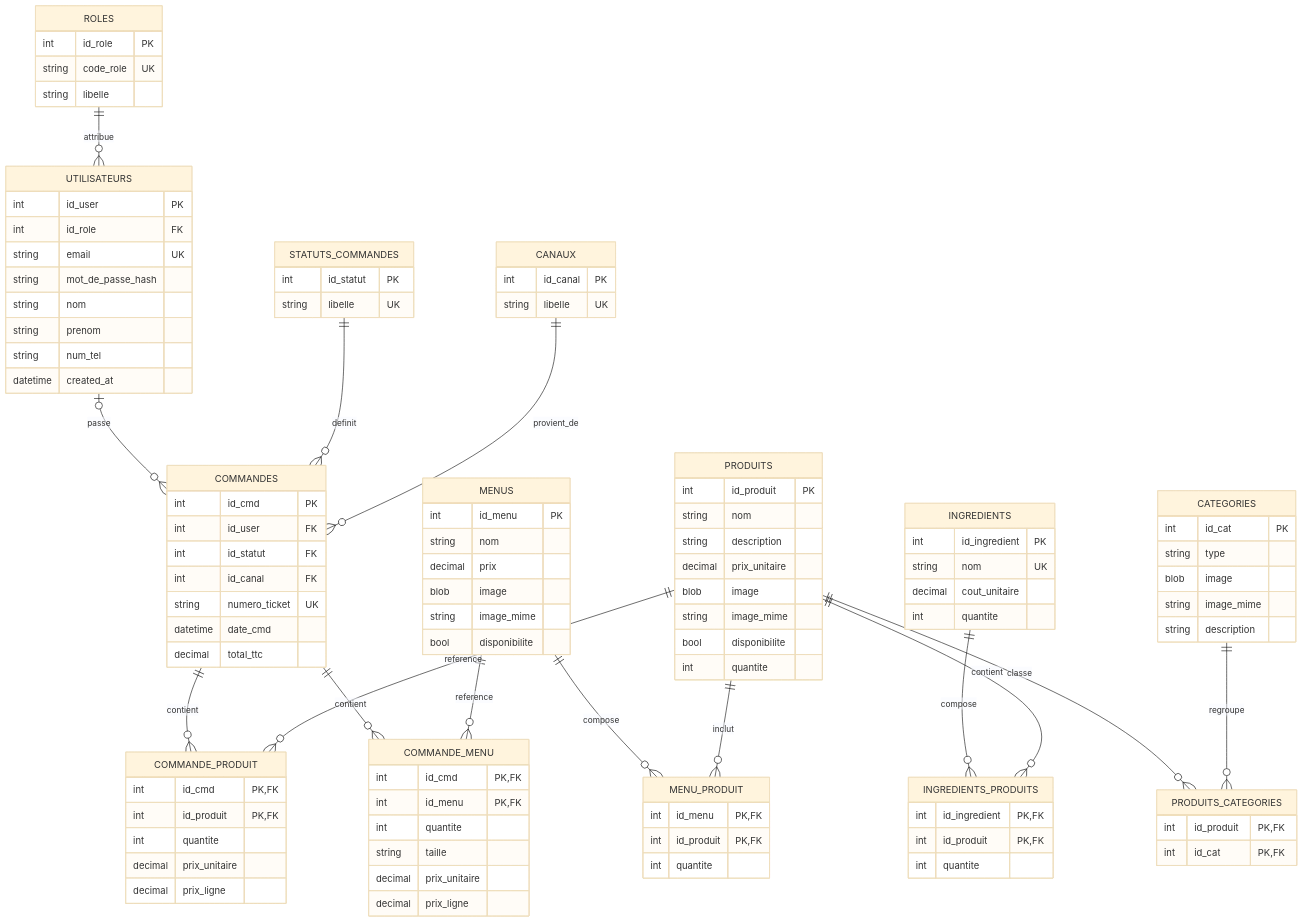
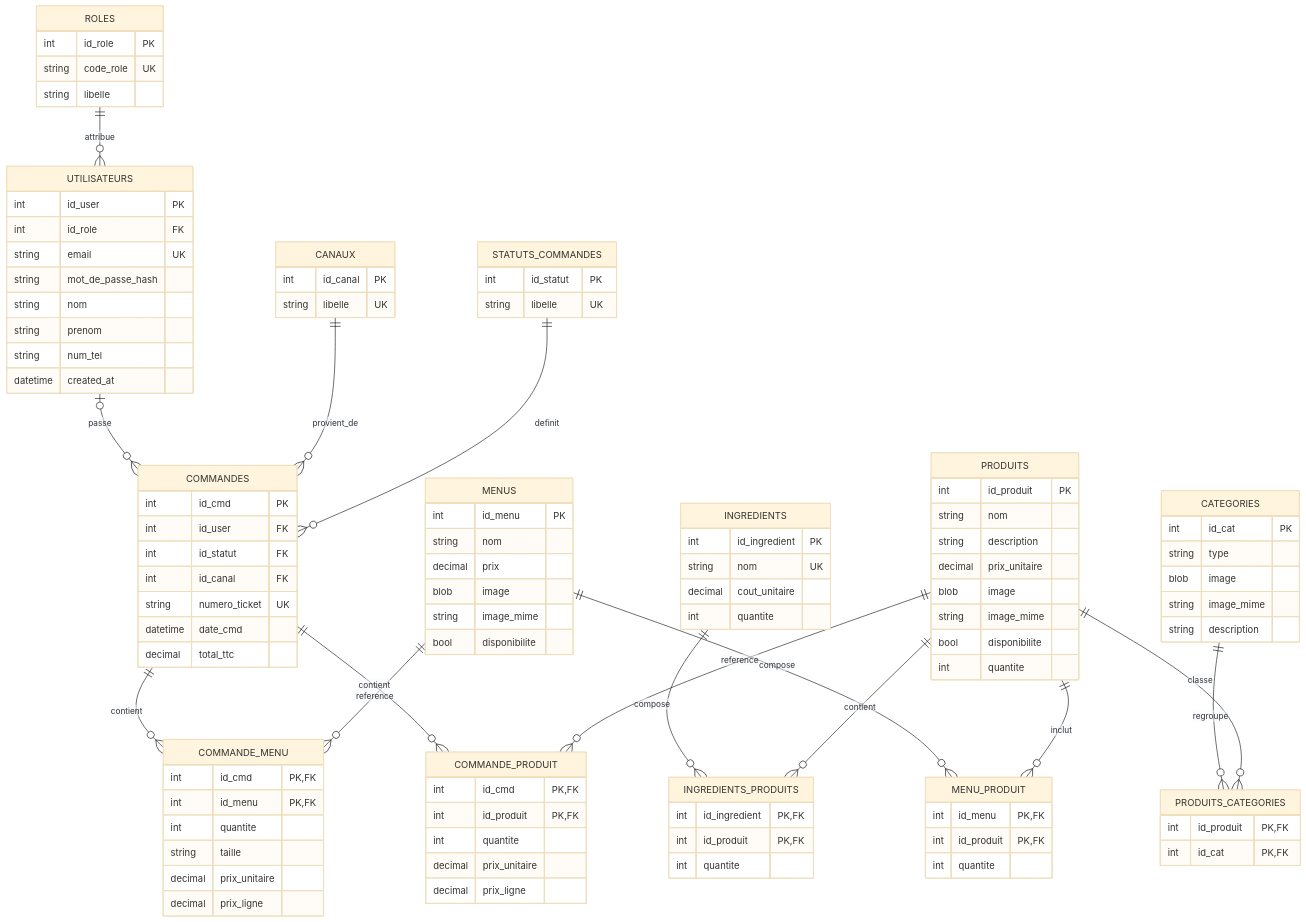
Before and after one commit to Ts8r/Wacdo_quentin: the diagram in docs/visuels-wacdo/mld.mmd, drawn with Mermaid (base theme). The commit also changed other lines of this file and 1 other file, not shown here.

```diff
--- a/docs/visuels-wacdo/mld.mmd
+++ b/docs/visuels-wacdo/mld.mmd
@@ -1,108 +1,108 @@
 erDiagram
+    INGREDIENTS ||--o{ INGREDIENTS_PRODUITS : compose
     ROLES ||--o{ UTILISATEURS : attribue
+    MENUS ||--o{ MENU_PRODUIT : compose
     UTILISATEURS o|--o{ COMMANDES : passe
+    PRODUITS ||--o{ INGREDIENTS_PRODUITS : contient
+    CANAUX ||--o{ COMMANDES : provient_de
+    COMMANDES ||--o{ COMMANDE_MENU : contient
     STATUTS_COMMANDES ||--o{ COMMANDES : definit
-    CANAUX ||--o{ COMMANDES : provient_de
     COMMANDES ||--o{ COMMANDE_PRODUIT : contient
+    MENUS ||--o{ COMMANDE_MENU : reference
+    CATEGORIES ||--o{ PRODUITS_CATEGORIES : regroupe
     PRODUITS ||--o{ COMMANDE_PRODUIT : reference
-    COMMANDES ||--o{ COMMANDE_MENU : contient
-    MENUS ||--o{ COMMANDE_MENU : reference
-    MENUS ||--o{ MENU_PRODUIT : compose
     PRODUITS ||--o{ MENU_PRODUIT : inclut
-    INGREDIENTS ||--o{ INGREDIENTS_PRODUITS : compose
-    PRODUITS ||--o{ INGREDIENTS_PRODUITS : contient
     PRODUITS ||--o{ PRODUITS_CATEGORIES : classe
-    CATEGORIES ||--o{ PRODUITS_CATEGORIES : regroupe
 
     ROLES {
         int id_role PK
         string code_role UK
         string libelle
     }
     UTILISATEURS {
         int id_user PK
         int id_role FK
         string email UK
         string mot_de_passe_hash
         string nom
         string prenom
         string num_tel
         datetime created_at
     }
     STATUTS_COMMANDES {
         int id_statut PK
         string libelle UK
     }
     CANAUX {
         int id_canal PK
         string libelle UK
     }
     COMMANDES {
         int id_cmd PK
         int id_user FK
         int id_statut FK
         int id_canal FK
         string numero_ticket UK
         datetime date_cmd
         decimal total_ttc
     }
     PRODUITS {
         int id_produit PK
         string nom
         string description
         decimal prix_unitaire
         blob image
         string image_mime
         bool disponibilite
         int quantite
     }
     MENUS {
         int id_menu PK
         string nom
         decimal prix
         blob image
         string image_mime
         bool disponibilite
     }
     CATEGORIES {
         int id_cat PK
         string type
         blob image
         string image_mime
         string description
     }
     INGREDIENTS {
         int id_ingredient PK
         string nom UK
         decimal cout_unitaire
         int quantite
     }
     COMMANDE_PRODUIT {
         int id_cmd PK, FK
         int id_produit PK, FK
         int quantite
         decimal prix_unitaire
         decimal prix_ligne
     }
     COMMANDE_MENU {
         int id_cmd PK, FK
         int id_menu PK, FK
         int quantite
         string taille
         decimal prix_unitaire
         decimal prix_ligne
     }
     MENU_PRODUIT {
         int id_menu PK, FK
         int id_produit PK, FK
         int quantite
     }
     INGREDIENTS_PRODUITS {
         int id_ingredient PK, FK
         int id_produit PK, FK
         int quantite
     }
     PRODUITS_CATEGORIES {
         int id_produit PK, FK
         int id_cat PK, FK
     }
```
